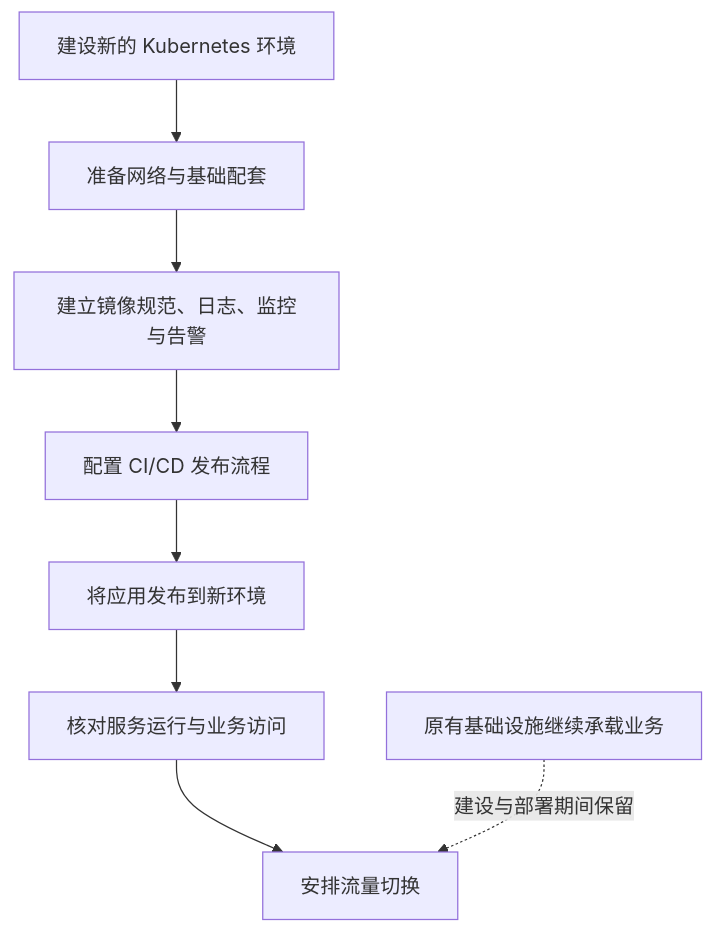
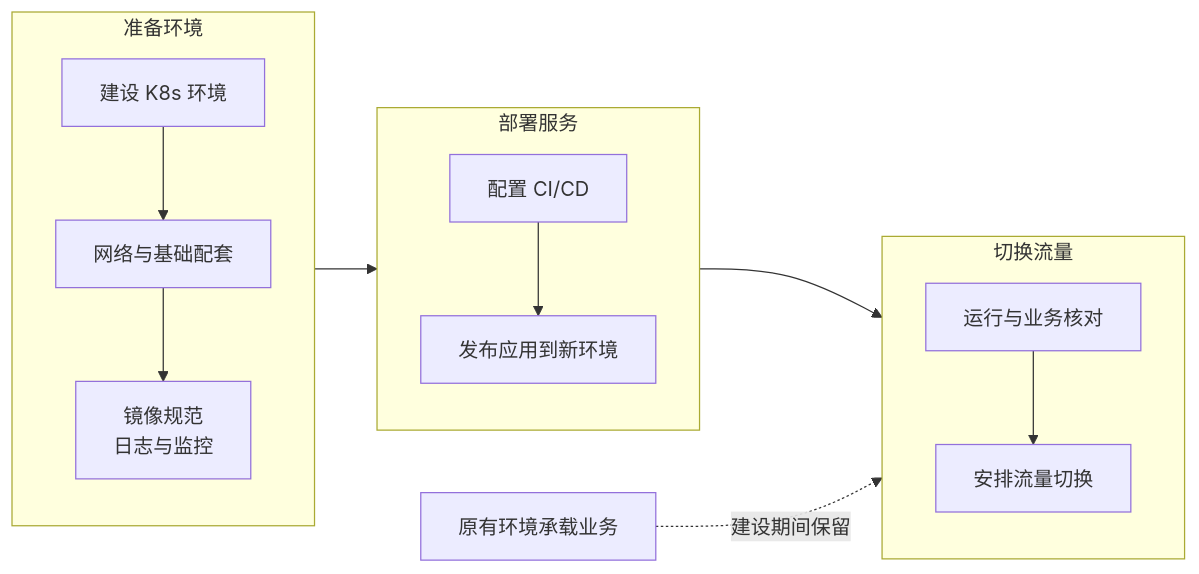
Before and after one commit to cytlabs/personal-site: the first of 3 diagrams in content/cases/kubernetes-platform.md, drawn with Mermaid. The commit also changed other lines of this file and 17 other files, not shown here.

First line of the commit message:
统一图表排版、主题和大图查看 (#15)

````diff
--- a/content/cases/kubernetes-platform.md
+++ b/content/cases/kubernetes-platform.md
@@ -19,10 +19,17 @@
 ```mermaid
-flowchart TD
-    A["建设新的 Kubernetes 环境"] --> B["准备网络与基础配套"]
-    B --> C["建立镜像规范、日志、监控与告警"]
-    C --> D["配置 CI/CD 发布流程"]
-    D --> E["将应用发布到新环境"]
-    E --> F["核对服务运行与业务访问"]
-    F --> G["安排流量切换"]
-    O["原有基础设施继续承载业务"] -.->|建设与部署期间保留| G
+flowchart LR
+    subgraph ENV["准备环境"]
+        direction TB
+        A["建设 K8s 环境"] --> B["网络与基础配套"] --> C["镜像规范<br/>日志与监控"]
+    end
+    subgraph DEPLOY["部署服务"]
+        direction TB
+        D["配置 CI/CD"] --> E["发布应用到新环境"]
+    end
+    subgraph SWITCH["切换流量"]
+        direction TB
+        F["运行与业务核对"] --> G["安排流量切换"]
+    end
+    ENV --> DEPLOY --> SWITCH
+    O["原有环境承载业务"] -.->|建设期间保留| SWITCH
 ```
````
